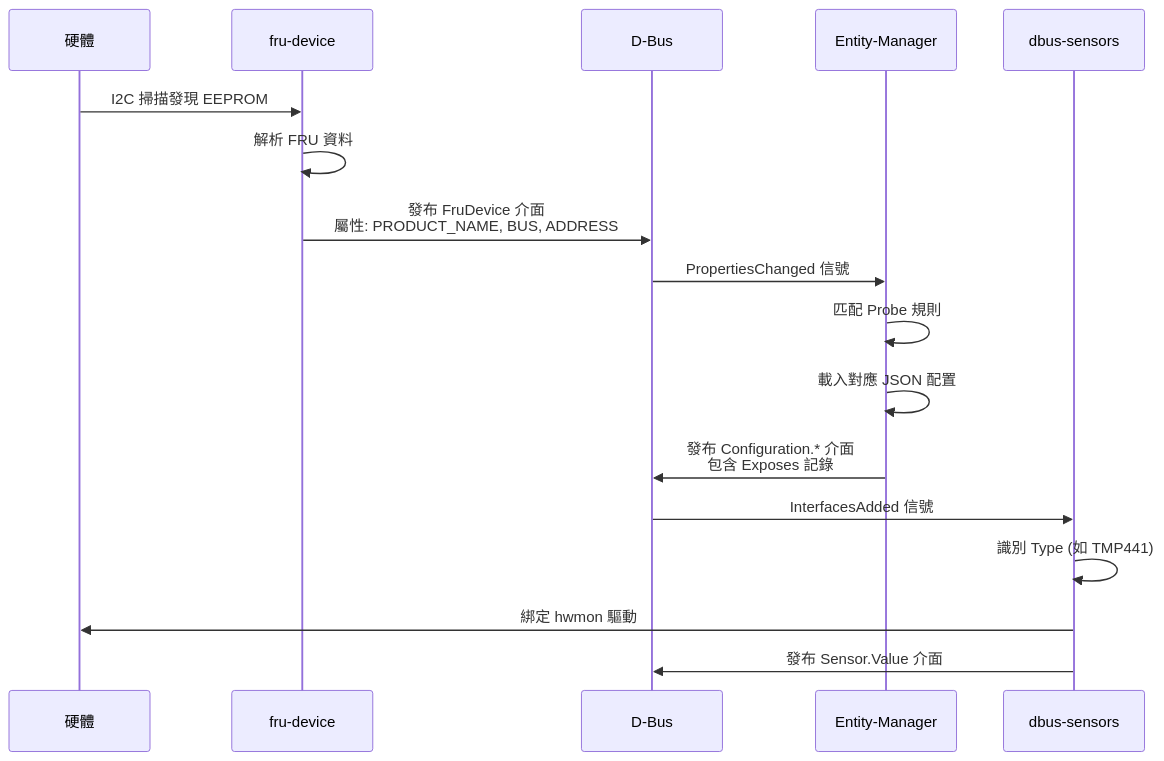
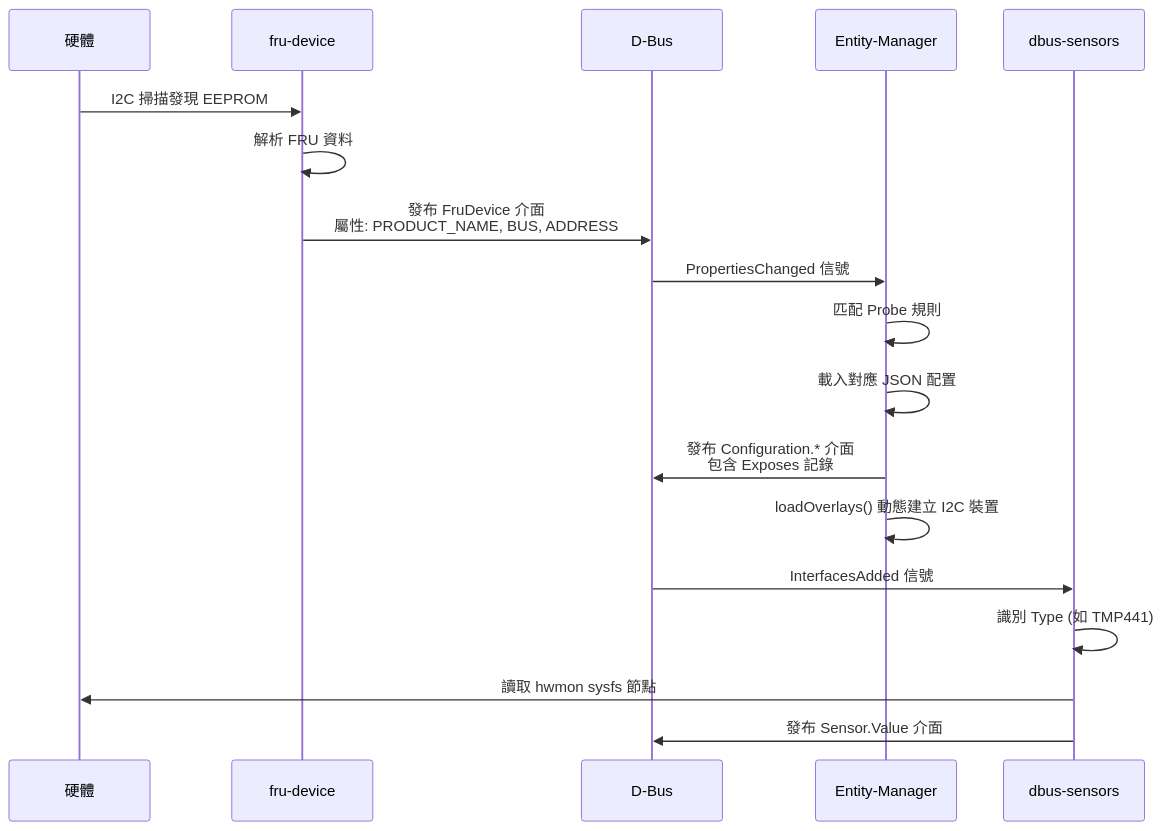
One commit to chilung-cgu/bmc-firmware-knowledge-base changed the first of 2 diagrams in entity-manager/Architecture.md. Above: the diagram before and after it, drawn with Mermaid. The commit also changed other lines of this file and 12 other files, not shown here.

````diff
--- a/entity-manager/Architecture.md
+++ b/entity-manager/Architecture.md
@@ -115,20 +131,21 @@
 ```mermaid
 sequenceDiagram
     participant HW as 硬體
     participant FRU as fru-device
     participant DBUS as D-Bus
     participant EM as Entity-Manager
     participant Sensor as dbus-sensors
 
     HW->>FRU: I2C 掃描發現 EEPROM
     FRU->>FRU: 解析 FRU 資料
     FRU->>DBUS: 發布 FruDevice 介面<br/>屬性: PRODUCT_NAME, BUS, ADDRESS
     DBUS->>EM: PropertiesChanged 信號
     EM->>EM: 匹配 Probe 規則
     EM->>EM: 載入對應 JSON 配置
     EM->>DBUS: 發布 Configuration.* 介面<br/>包含 Exposes 記錄
+    EM->>EM: loadOverlays() 動態建立 I2C 裝置
     DBUS->>Sensor: InterfacesAdded 信號
     Sensor->>Sensor: 識別 Type (如 TMP441)
-    Sensor->>HW: 綁定 hwmon 驅動
+    Sensor->>HW: 讀取 hwmon sysfs 節點
     Sensor->>DBUS: 發布 Sensor.Value 介面
 ```
````
